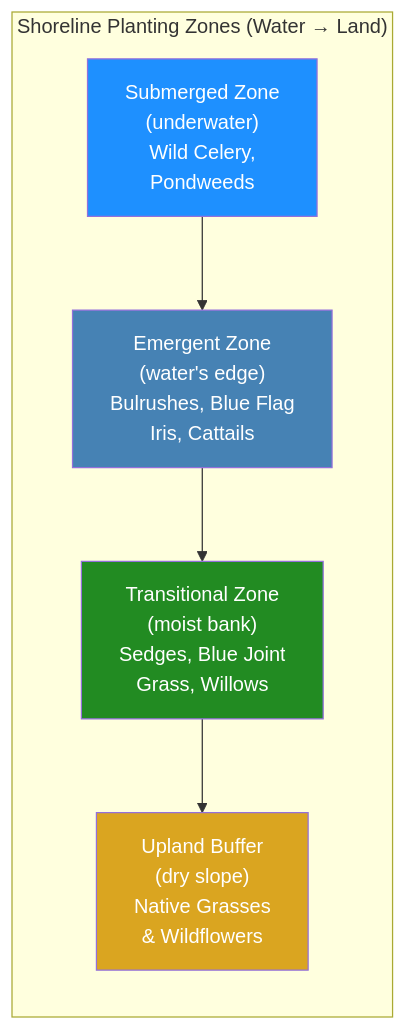
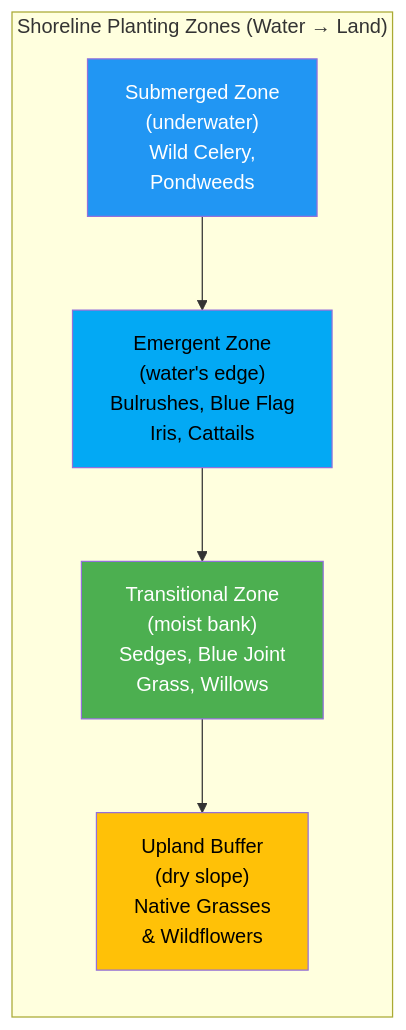
Before and after one commit to arunbatchu/minnesota-native-plants: the first of 2 diagrams in docs/chapters/05-wetland-shoreline-plants/index.md, drawn with Mermaid. The commit also changed other lines of this file and 10 other files, not shown here.

First line of the commit message:
Fix Mermaid diagram colors for accessibility — high contrast palette

````diff
--- a/docs/chapters/05-wetland-shoreline-plants/index.md
+++ b/docs/chapters/05-wetland-shoreline-plants/index.md
@@ -99,16 +99,16 @@
 ```mermaid
 flowchart LR
     subgraph zones["Shoreline Planting Zones (Water → Land)"]
         SUB["Submerged Zone<br/>(underwater)<br/>Wild Celery,<br/>Pondweeds"]
         EMR["Emergent Zone<br/>(water's edge)<br/>Bulrushes, Blue Flag<br/>Iris, Cattails"]
         TRN["Transitional Zone<br/>(moist bank)<br/>Sedges, Blue Joint<br/>Grass, Willows"]
         UPL["Upland Buffer<br/>(dry slope)<br/>Native Grasses<br/>& Wildflowers"]
     end
 
     SUB --> EMR --> TRN --> UPL
 
-    style SUB fill:#1E90FF,color:#fff
-    style EMR fill:#4682B4,color:#fff
-    style TRN fill:#228B22,color:#fff
-    style UPL fill:#DAA520,color:#fff
+    style SUB fill:#2196F3,color:#fff
+    style EMR fill:#03A9F4,color:#000
+    style TRN fill:#4CAF50,color:#fff
+    style UPL fill:#FFC107,color:#000
 ```
````
